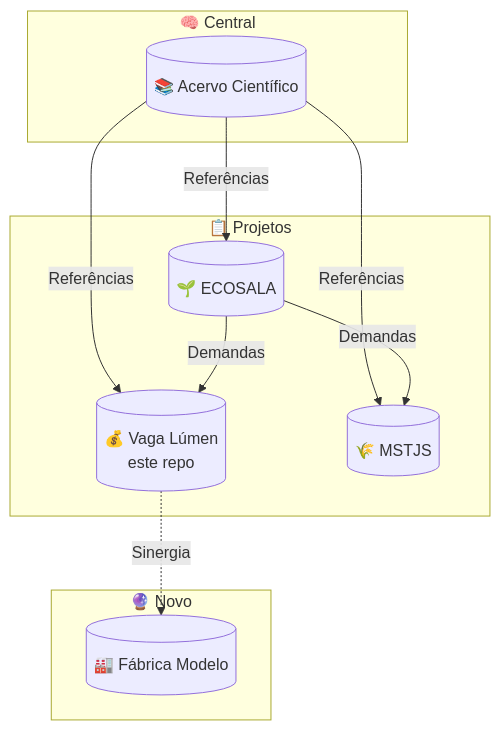
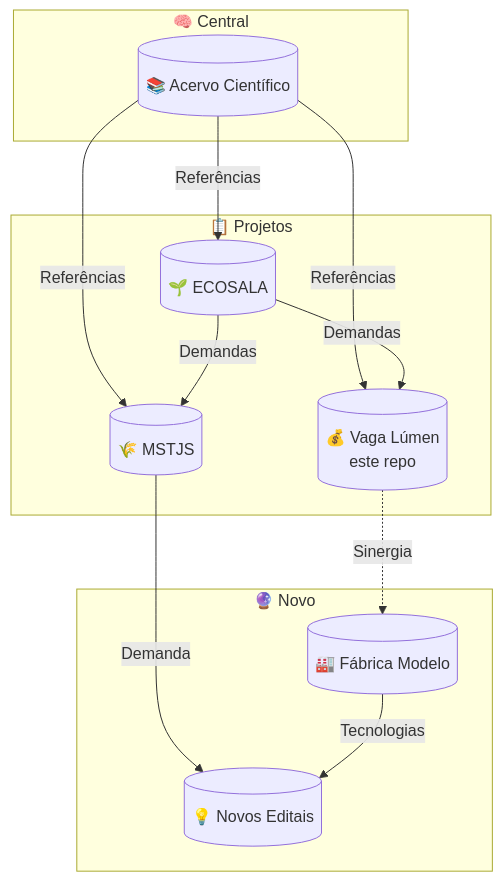
The diagram in README.md (takwaratec/fundo-vaga-lumen-2026), drawn with Mermaid before and after one commit. The commit also changed other lines of this file, not shown here.

Commit message:
feat: nova introducao Bem Viver holistica; diagrama Mermaid completo com Novos Editais

````diff
--- a/README.md
+++ b/README.md
@@ -15,20 +23,23 @@
 ```mermaid
 flowchart TB
     subgraph Central["🧠 Central"]
         AC[("📚 Acervo Científico")]
     end
     subgraph Ativos["📋 Projetos"]
         EC[("🌱 ECOSALA")]
         VL[("💰 Vaga Lúmen<br/>este repo")]
         MJ[("🌾 MSTJS")]
     end
     subgraph Futuro["🔮 Novo"]
         FM[("🏭 Fábrica Modelo")]
+        NB[("💡 Novos Editais")]
     end
     AC -->|Referências| EC
     AC -->|Referências| VL
     AC -->|Referências| MJ
     EC -->|Demandas| VL
     EC -->|Demandas| MJ
     VL -.->|Sinergia| FM
+    MJ -->|Demanda| NB
+    FM -->|Tecnologias| NB
 ```
````
